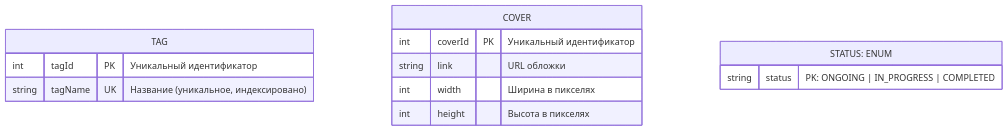
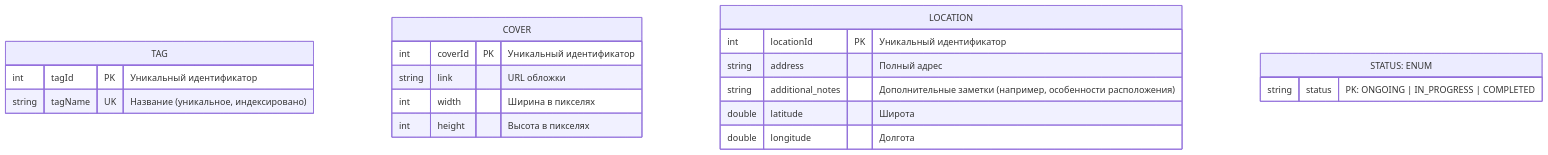
Before and after one commit to ADT-VOLUNTEERS-CASE/.github: the second of 3 diagrams in documentation/architecture/erd.md, drawn with Mermaid. The commit also changed other lines of this file, not shown here.

Commit message:
docs(erd.md) add user - event relation; add location entity.

````diff
--- a/documentation/architecture/erd.md
+++ b/documentation/architecture/erd.md
@@ -84,23 +84,31 @@
 ```mermaid
 %%{init: {'theme':'base', 'themeCSS': 
 '.entityBox-TAG, .entityBox-COVER, .entityBox-STATUS { fill: #f5f5f5, stroke: #757575, stroke-width: 2px; }
 .entityTitleText-TAG, .entityTitleText-COVER, .entityTitleText-STATUS { fill: #212121; font-weight: bold; }
 .attributeText { font-size: 13px; }
 '}}%%
 erDiagram
     TAG {
         int tagId PK "Уникальный идентификатор"
         string tagName UK "Название (уникальное, индексировано)"
     }
 
     COVER {
         int coverId PK "Уникальный идентификатор"
         string link "URL обложки"
         int width "Ширина в пикселях"
         int height "Высота в пикселях"
     }
 
+    LOCATION {
+        int locationId PK "Уникальный идентификатор"
+        string address "Полный адрес"
+        string additional_notes "Дополнительные заметки (например, особенности расположения)"
+        double latitude "Широта"
+        double longitude "Долгота"
+    }
+
     STATUS["STATUS: ENUM"] {
         string status "PK: ONGOING | IN_PROGRESS | COMPLETED"
     }
 ```
````
